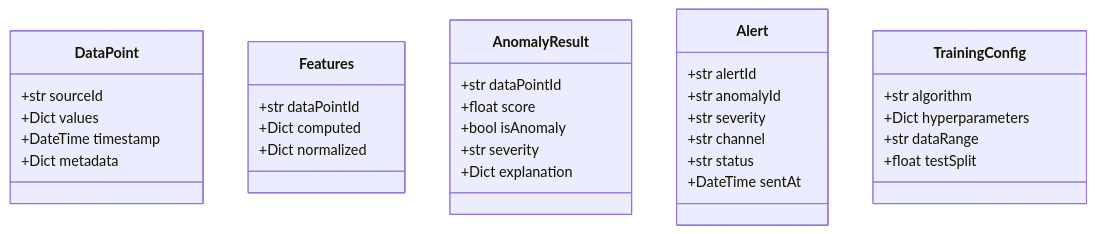
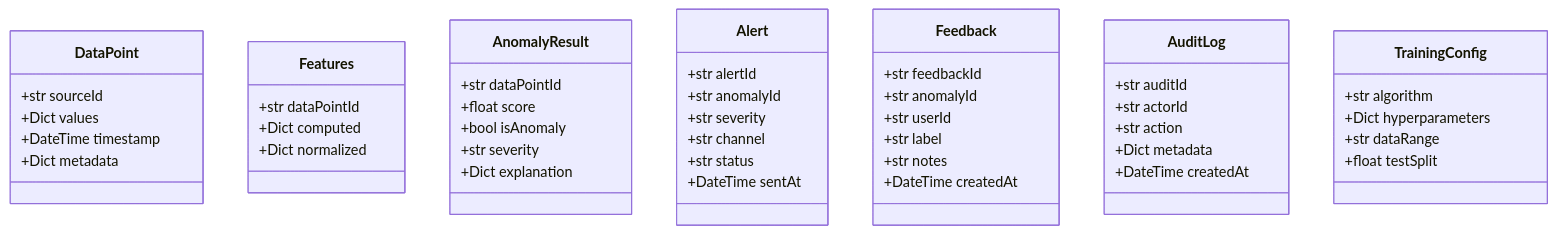
The second of 2 diagrams in Anomaly Detection System/detailed-design/class-diagram.md (0Ankit0/Project-Ideas), drawn with Mermaid before and after one commit. The commit also changed other lines of this file and 24 other files, not shown here.

````diff
--- a/Anomaly Detection System/detailed-design/class-diagram.md
+++ b/Anomaly Detection System/detailed-design/class-diagram.md
@@ -85,39 +112,56 @@
 ```mermaid
 classDiagram
     class DataPoint {
         +str sourceId
         +Dict values
         +DateTime timestamp
         +Dict metadata
     }
     
     class Features {
         +str dataPointId
         +Dict computed
         +Dict normalized
     }
     
     class AnomalyResult {
         +str dataPointId
         +float score
         +bool isAnomaly
         +str severity
         +Dict explanation
     }
     
     class Alert {
         +str alertId
         +str anomalyId
         +str severity
         +str channel
         +str status
         +DateTime sentAt
     }
+
+    class Feedback {
+        +str feedbackId
+        +str anomalyId
+        +str userId
+        +str label
+        +str notes
+        +DateTime createdAt
+    }
+
+    class AuditLog {
+        +str auditId
+        +str actorId
+        +str action
+        +Dict metadata
+        +DateTime createdAt
+    }
     
     class TrainingConfig {
         +str algorithm
         +Dict hyperparameters
         +str dataRange
         +float testSplit
     }
 ```
````
